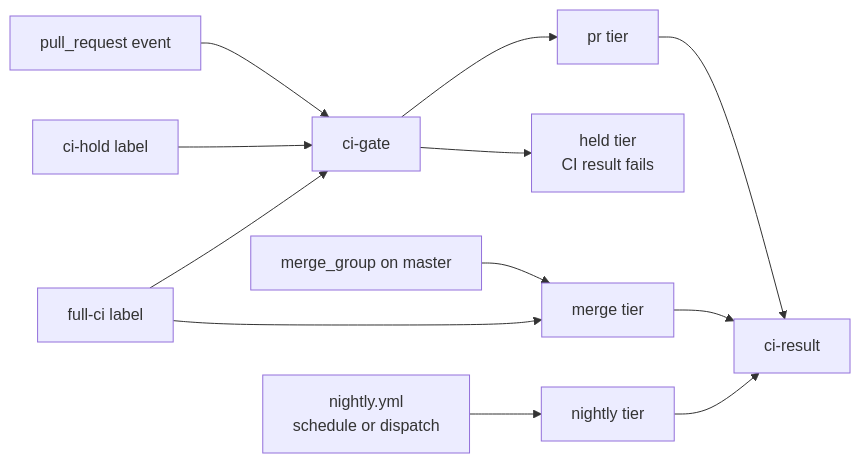
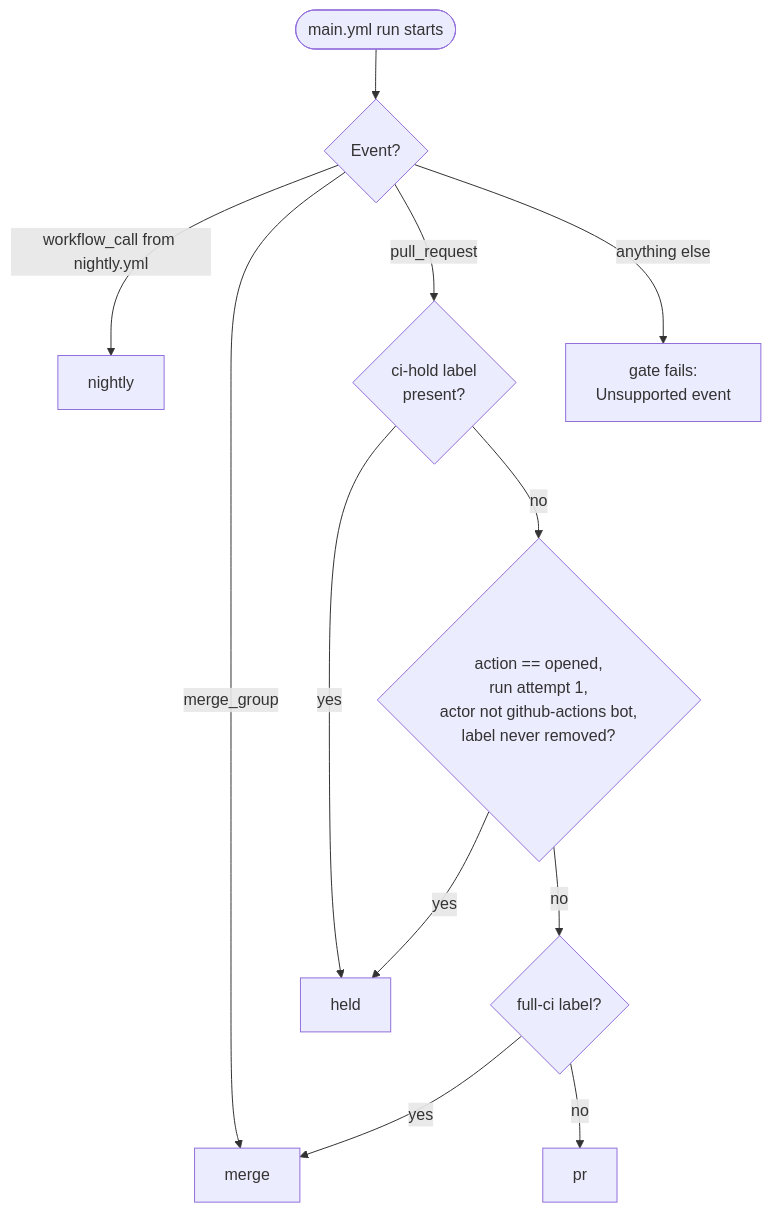
Before and after one commit to lightningnetwork/lnd: the first of 6 diagrams in docs/ci-runs.md, drawn with Mermaid. The commit also changed other lines of this file, not shown here.

First line of the commit message:
docs: restructure the CI guide around diagrams and tables

````diff
--- a/docs/ci-runs.md
+++ b/docs/ci-runs.md
@@ -20,14 +36,14 @@
 ```mermaid
-flowchart LR
-    PR["pull_request event"] --> Gate["ci-gate"]
-    Hold["ci-hold label"] --> Gate
-    Full["full-ci label"] --> Gate
-    Gate --> PRT["pr tier"]
-    Gate --> Held["held tier<br/>CI result fails"]
-    MQ["merge_group on master"] --> Merge["merge tier"]
-    Nightly["nightly.yml<br/>schedule or dispatch"] --> Night["nightly tier"]
-    Full --> Merge
-    PRT --> Result["ci-result"]
-    Merge --> Result
-    Night --> Result
+flowchart TD
+    Start(["main.yml run starts"]) --> Ev{"Event?"}
+    Ev -->|"workflow_call from nightly.yml"| Nightly["nightly"]
+    Ev -->|merge_group| Merge["merge"]
+    Ev -->|pull_request| Hold{"ci-hold label<br/>present?"}
+    Ev -->|"anything else"| Err["gate fails:<br/>Unsupported event"]
+    Hold -->|yes| Held["held"]
+    Hold -->|no| New{"action == opened,<br/>run attempt 1,<br/>actor not github-actions bot,<br/>label never removed?"}
+    New -->|yes| Held
+    New -->|no| Full{"full-ci label?"}
+    Full -->|yes| Merge
+    Full -->|no| PR["pr"]
 ```
````
